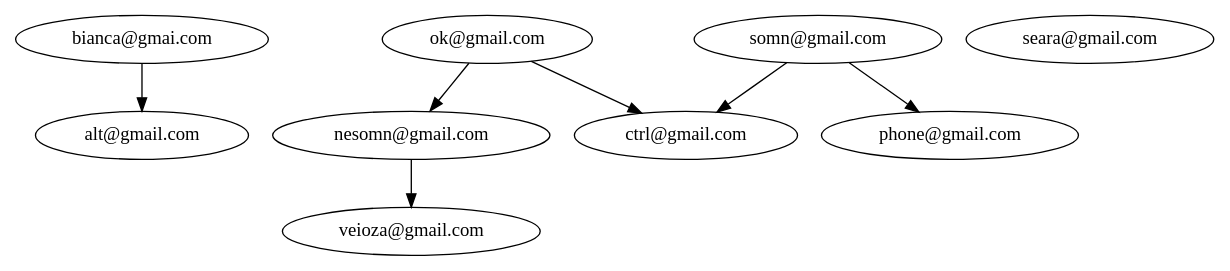
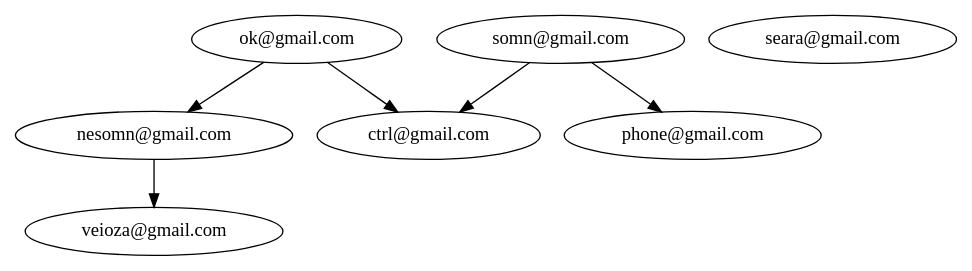
The diagram in proiectJAVA/quiz/target/classes/network.dot (PopaBiancaStefana/QuizzApp), drawn with Graphviz before and after one commit. The commit also changed 8 other files, not shown here.

```diff
--- a/proiectJAVA/quiz/target/classes/network.dot
+++ b/proiectJAVA/quiz/target/classes/network.dot
@@ -1,17 +1,14 @@
 strict digraph G {
-  1 [ label="bianca@gmai.com" ];
-  2 [ label="ok@gmail.com" ];
-  3 [ label="somn@gmail.com" ];
-  4 [ label="nesomn@gmail.com" ];
-  5 [ label="seara@gmail.com" ];
-  6 [ label="veioza@gmail.com" ];
-  7 [ label="phone@gmail.com" ];
-  8 [ label="alt@gmail.com" ];
-  9 [ label="ctrl@gmail.com" ];
-  1 -> 8;
-  2 -> 4;
-  2 -> 9;
-  3 -> 7;
-  3 -> 9;
-  4 -> 6;
+  1 [ label="ok@gmail.com" ];
+  2 [ label="somn@gmail.com" ];
+  3 [ label="nesomn@gmail.com" ];
+  4 [ label="seara@gmail.com" ];
+  5 [ label="veioza@gmail.com" ];
+  6 [ label="phone@gmail.com" ];
+  7 [ label="ctrl@gmail.com" ];
+  1 -> 3;
+  1 -> 7;
+  2 -> 6;
+  2 -> 7;
+  3 -> 5;
 }
```
